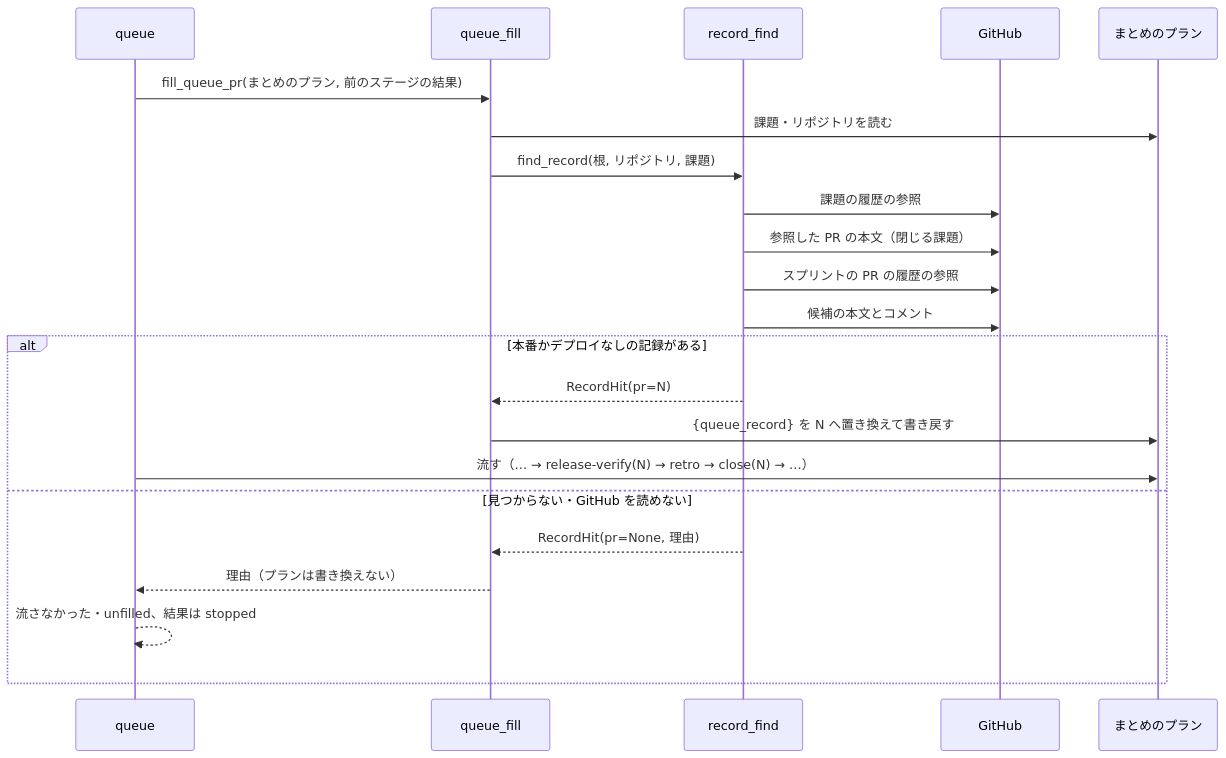
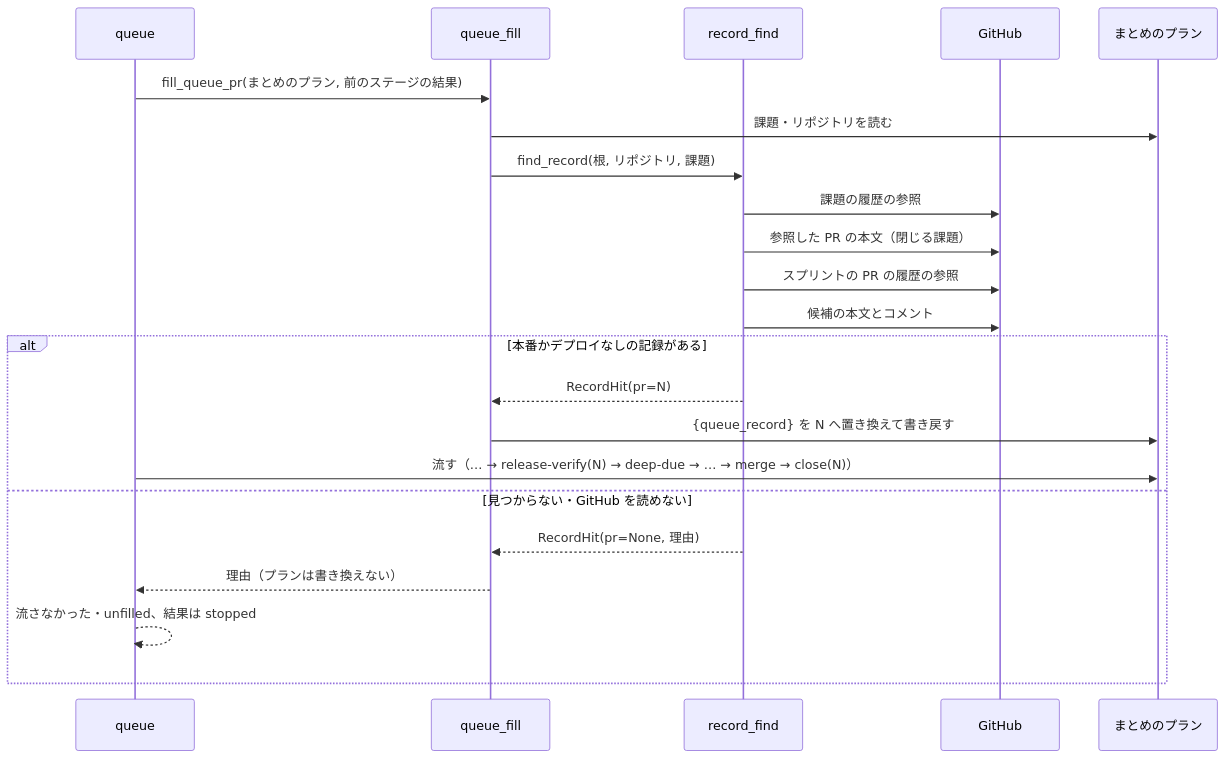
Before and after one commit to devbasex/ai-plugins: the third of 3 diagrams in docs/specifications/ndf-sprint-close-record-pr-at-run-time.md, drawn with Mermaid. The commit also changed 7 other files, not shown here.

````diff
--- a/docs/specifications/ndf-sprint-close-record-pr-at-run-time.md
+++ b/docs/specifications/ndf-sprint-close-record-pr-at-run-time.md
@@ -172,24 +172,24 @@
 ```mermaid
 sequenceDiagram
   participant Q as queue
   participant F as queue_fill
   participant R as record_find
   participant G as GitHub
   participant P as まとめのプラン
   Q->>F: fill_queue_pr(まとめのプラン, 前のステージの結果)
   F->>P: 課題・リポジトリを読む
   F->>R: find_record(根, リポジトリ, 課題)
   R->>G: 課題の履歴の参照
   R->>G: 参照した PR の本文（閉じる課題）
   R->>G: スプリントの PR の履歴の参照
   R->>G: 候補の本文とコメント
   alt 本番かデプロイなしの記録がある
     R-->>F: RecordHit(pr=N)
     F->>P: {queue_record} を N へ置き換えて書き戻す
-    Q->>P: 流す（… → release-verify(N) → retro → close(N) → …）
+    Q->>P: 流す（… → release-verify(N) → deep-due → … → merge → close(N)）
   else 見つからない・GitHub を読めない
     R-->>F: RecordHit(pr=None, 理由)
     F-->>Q: 理由（プランは書き換えない）
     Q-->>Q: 流さなかった・unfilled、結果は stopped
   end
 ```
````
